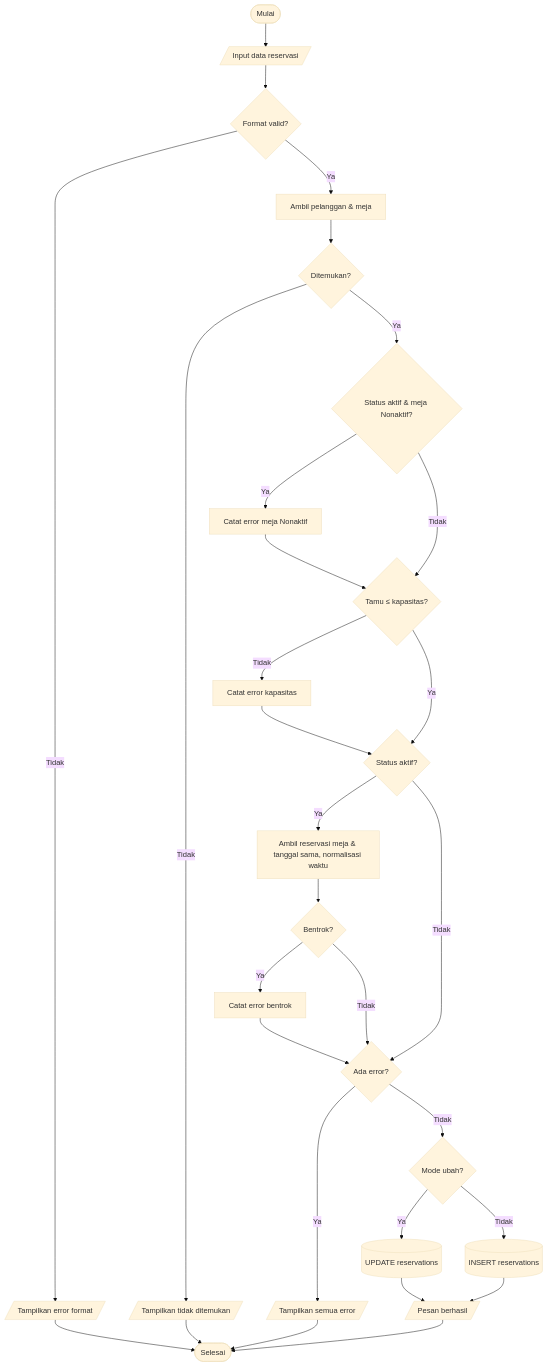
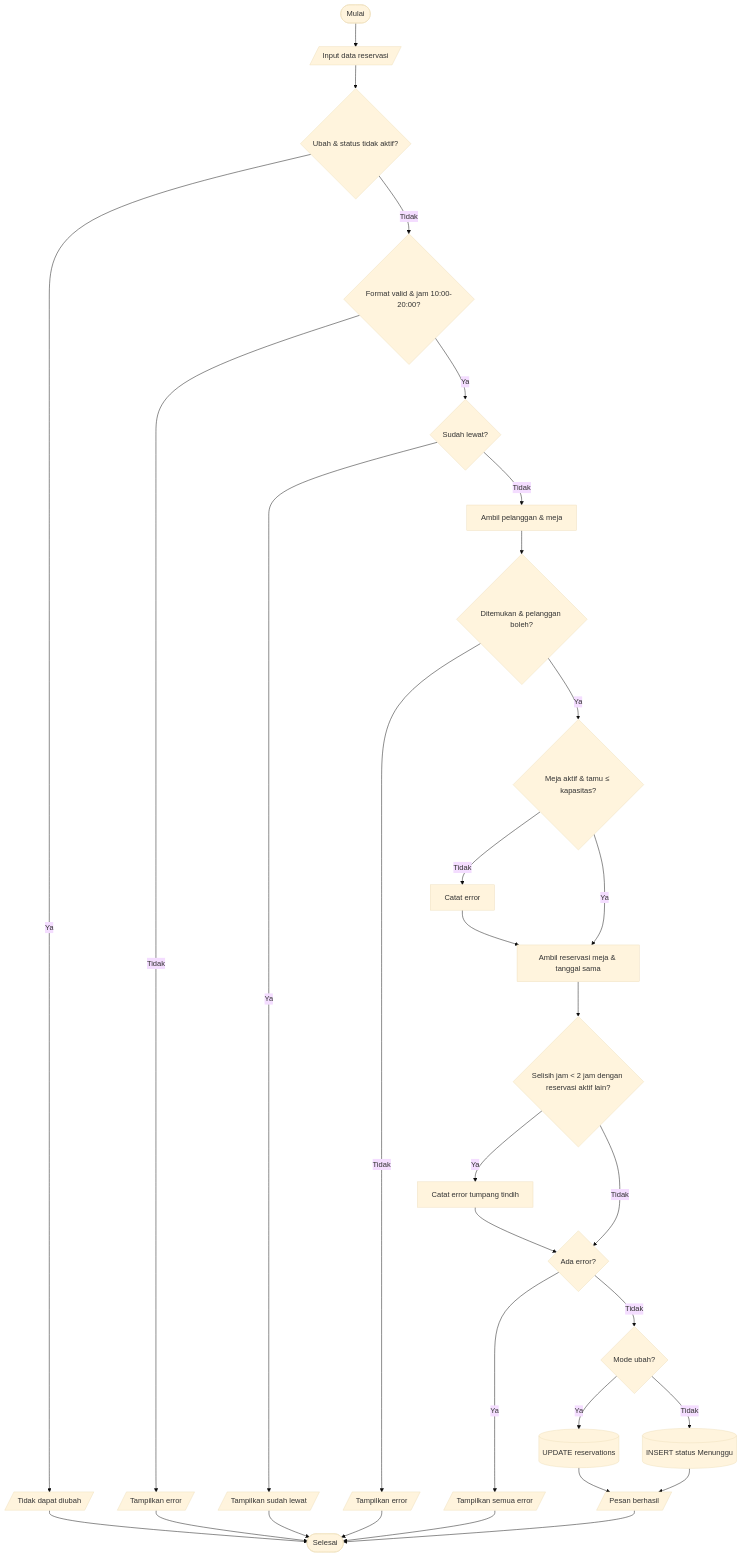
Before and after one commit to Fuentes771/LSP-Programming: the sixth of 8 diagrams in docs/PANDUAN-PEMBUATAN-DOCX.md, drawn with Mermaid (base theme). The commit also changed other lines of this file and 25 other files, not shown here.

````diff
--- a/docs/PANDUAN-PEMBUATAN-DOCX.md
+++ b/docs/PANDUAN-PEMBUATAN-DOCX.md
@@ -721,26 +801,26 @@
 ```mermaid
 flowchart TD
     A([Mulai]) --> B[/Input data reservasi/]
-    B --> C{Format valid?}
-    C -- Tidak --> X1[/Tampilkan error format/] --> Z([Selesai])
-    C -- Ya --> D[Ambil pelanggan & meja]
-    D --> E{Ditemukan?}
-    E -- Tidak --> X2[/Tampilkan tidak ditemukan/] --> Z
-    E -- Ya --> F{Status aktif & meja Nonaktif?}
-    F -- Ya --> F1[Catat error meja Nonaktif] --> G
-    F -- Tidak --> G{Tamu ≤ kapasitas?}
-    G -- Tidak --> G1[Catat error kapasitas] --> H
-    G -- Ya --> H{Status aktif?}
-    H -- Ya --> H1[Ambil reservasi meja & tanggal sama, normalisasi waktu]
-    H1 --> H2{Bentrok?}
-    H2 -- Ya --> H3[Catat error bentrok] --> I
-    H2 -- Tidak --> I
-    H -- Tidak --> I{Ada error?}
-    I -- Ya --> X3[/Tampilkan semua error/] --> Z
-    I -- Tidak --> J{Mode ubah?}
-    J -- Ya --> K[(UPDATE reservations)]
-    J -- Tidak --> L[(INSERT reservations)]
-    K --> M[/Pesan berhasil/]
-    L --> M
-    M --> Z
+    B --> C{Ubah & status tidak aktif?}
+    C -- Ya --> X0[/Tidak dapat diubah/] --> Z([Selesai])
+    C -- Tidak --> D{Format valid & jam 10:00-20:00?}
+    D -- Tidak --> X1[/Tampilkan error/] --> Z
+    D -- Ya --> E{Sudah lewat?}
+    E -- Ya --> X2[/Tampilkan sudah lewat/] --> Z
+    E -- Tidak --> F[Ambil pelanggan & meja]
+    F --> G{Ditemukan & pelanggan boleh?}
+    G -- Tidak --> X3[/Tampilkan error/] --> Z
+    G -- Ya --> H{Meja aktif & tamu ≤ kapasitas?}
+    H -- Tidak --> H1[Catat error] --> I
+    H -- Ya --> I[Ambil reservasi meja & tanggal sama]
+    I --> J{Selisih jam < 2 jam dengan reservasi aktif lain?}
+    J -- Ya --> J1[Catat error tumpang tindih] --> K
+    J -- Tidak --> K{Ada error?}
+    K -- Ya --> X4[/Tampilkan semua error/] --> Z
+    K -- Tidak --> L{Mode ubah?}
+    L -- Ya --> M[(UPDATE reservations)]
+    L -- Tidak --> N[(INSERT status Menunggu)]
+    M --> O[/Pesan berhasil/]
+    N --> O
+    O --> Z
 ```
````
